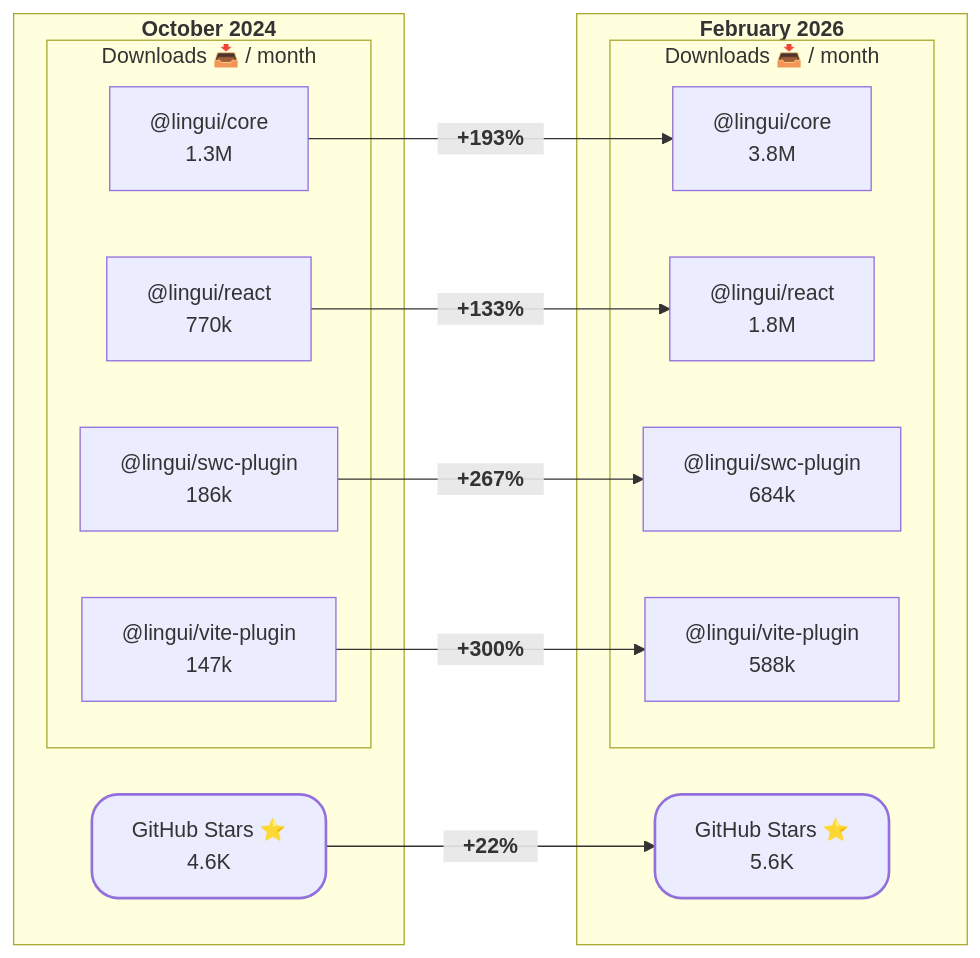
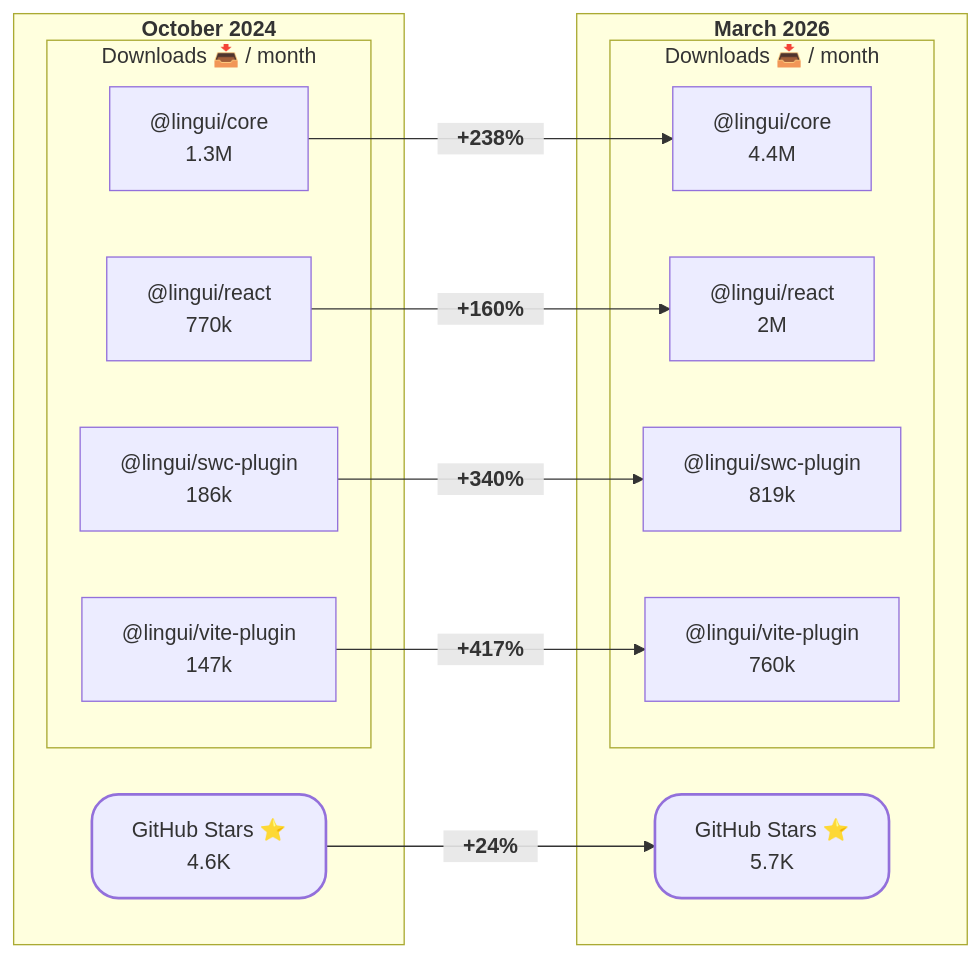
The diagram in website/blog/2026-04-10-announcing-lingui-6.0/index.md (lingui/js-lingui), drawn with Mermaid before and after one commit. The commit also changed other lines of this file, not shown here.

Commit message:
update numbers

````diff
--- a/website/blog/2026-04-10-announcing-lingui-6.0/index.md
+++ b/website/blog/2026-04-10-announcing-lingui-6.0/index.md
@@ -46,35 +46,35 @@
 ```mermaid
 %%{init: {"themeCSS": ".node rect { rx: 5; ry: 5; }"} }%%
 
 graph LR
     subgraph OCT2024["<b>October 2024</b>"]
         stars1["GitHub Stars ⭐<br/>4.6K"]
 
         subgraph downloads1["Downloads 📥 / month"]
             A1["@lingui/core<br/>1.3M"]
             A2["@lingui/react<br/>770k"]
             A3["@lingui/swc-plugin<br/>186k"]
             A4["@lingui/vite-plugin<br/>147k"]
         end
     end
 
-    subgraph FEB2026["<b>February 2026</b>"]
-        stars2["GitHub Stars ⭐<br/>5.6K"]
+    subgraph MAR2026["<b>March 2026</b>"]
+        stars2["GitHub Stars ⭐<br/>5.7K"]
 
         subgraph downloads2["Downloads 📥 / month"]
-            B1["@lingui/core<br/>3.8M"]
-            B2["@lingui/react<br/>1.8M"]
-            B3["@lingui/swc-plugin<br/>684k"]
-            B4["@lingui/vite-plugin<br/>588k"]
+            B1["@lingui/core<br/>4.4M"]
+            B2["@lingui/react<br/>2M"]
+            B3["@lingui/swc-plugin<br/>819k"]
+            B4["@lingui/vite-plugin<br/>760k"]
         end
     end
 
-    stars1 -->|"<b>ㅤ+22%ㅤ</b>"| stars2
-    A1 -->|"<b>ㅤ+193%ㅤ</b>"| B1
-    A2 -->|"<b>ㅤ+133%ㅤ</b>"| B2
-    A3 -->|"<b>ㅤ+267%ㅤ</b>"| B3
-    A4 -->|"<b>ㅤ+300%ㅤ</b>"| B4
+    stars1 -->|"<b>ㅤ+24%ㅤ</b>"| stars2
+    A1 -->|"<b>ㅤ+238%ㅤ</b>"| B1
+    A2 -->|"<b>ㅤ+160%ㅤ</b>"| B2
+    A3 -->|"<b>ㅤ+340%ㅤ</b>"| B3
+    A4 -->|"<b>ㅤ+417%ㅤ</b>"| B4
 
 style stars1 stroke-width:2px,rx:20,ry:20
 style stars2 stroke-width:2px,rx:20,ry:20
 ```
````
